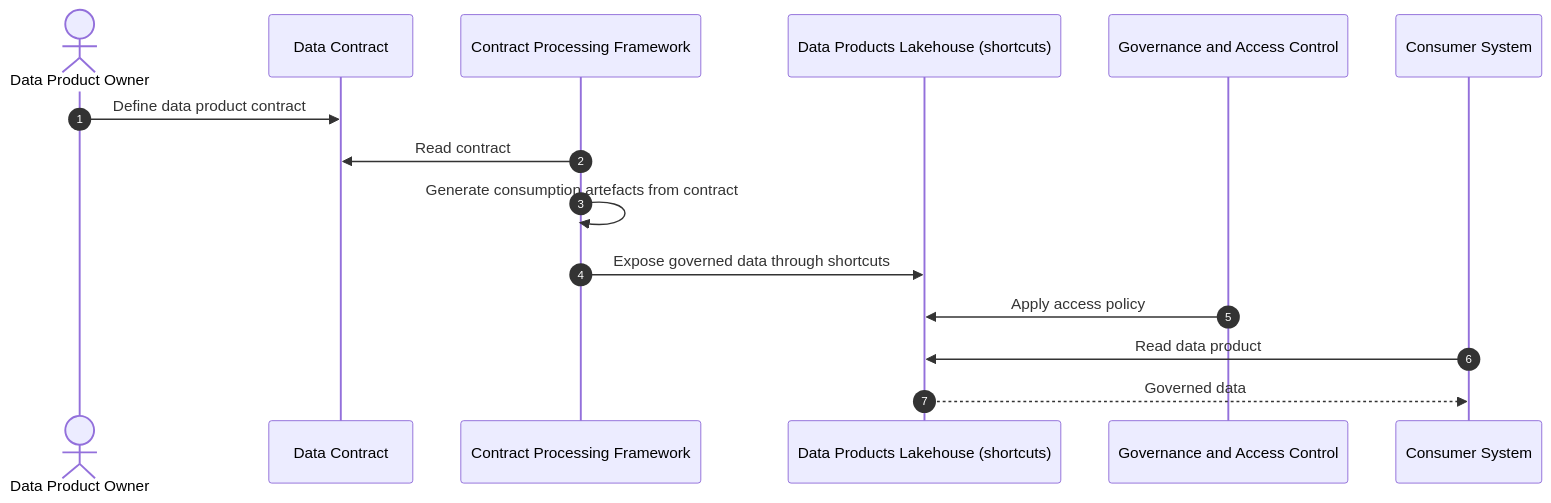
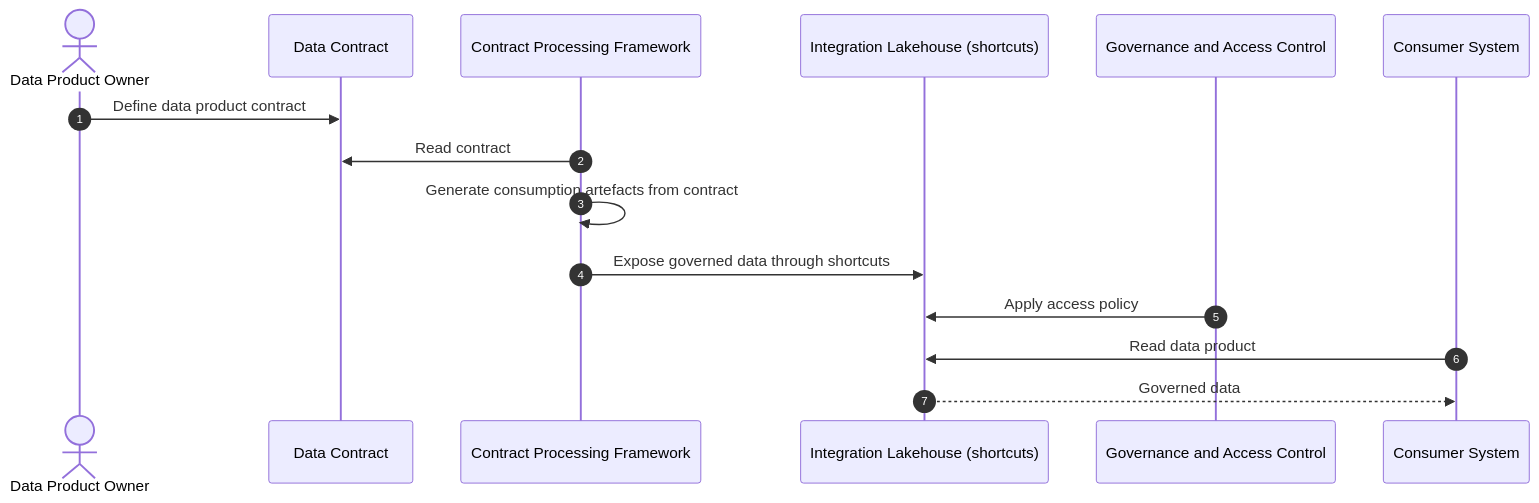
One commit to morbvel-crypto/fabric_hld changed the second of 8 diagrams in README.md. Above: the diagram before and after it, drawn with Mermaid. The commit also changed other lines of this file, not shown here.

````diff
--- a/README.md
+++ b/README.md
@@ -410,18 +321,18 @@
 ```mermaid
 sequenceDiagram
     autonumber
     actor Owner as Data Product Owner
     participant Contract as Data Contract
     participant Gen as Contract Processing Framework
-    participant IntLH as Data Products Lakehouse (shortcuts)
+    participant IntLH as Integration Lakehouse (shortcuts)
     participant Gov as Governance and Access Control
     participant Consumer as Consumer System
 
     Owner->>Contract: Define data product contract
     Gen->>Contract: Read contract
     Gen->>Gen: Generate consumption artefacts from contract
     Gen->>IntLH: Expose governed data through shortcuts
     Gov->>IntLH: Apply access policy
     Consumer->>IntLH: Read data product
     IntLH-->>Consumer: Governed data
 ```
````
